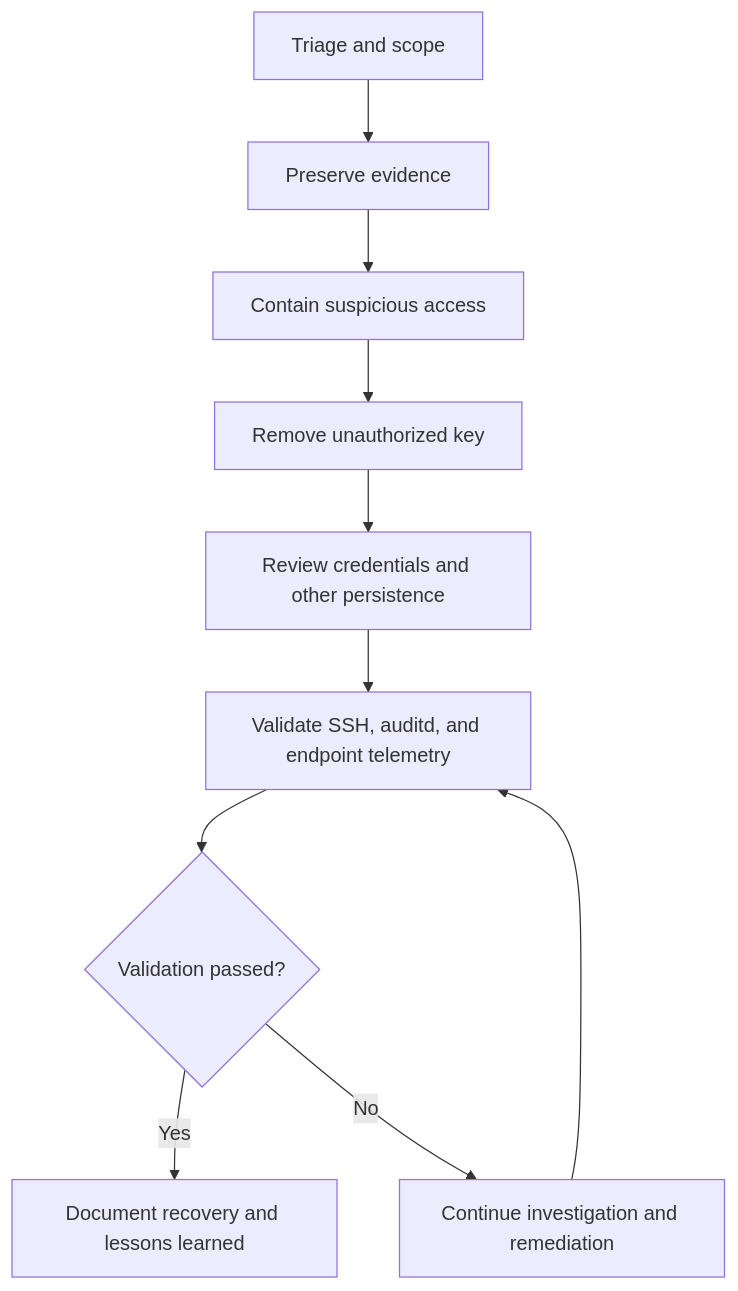
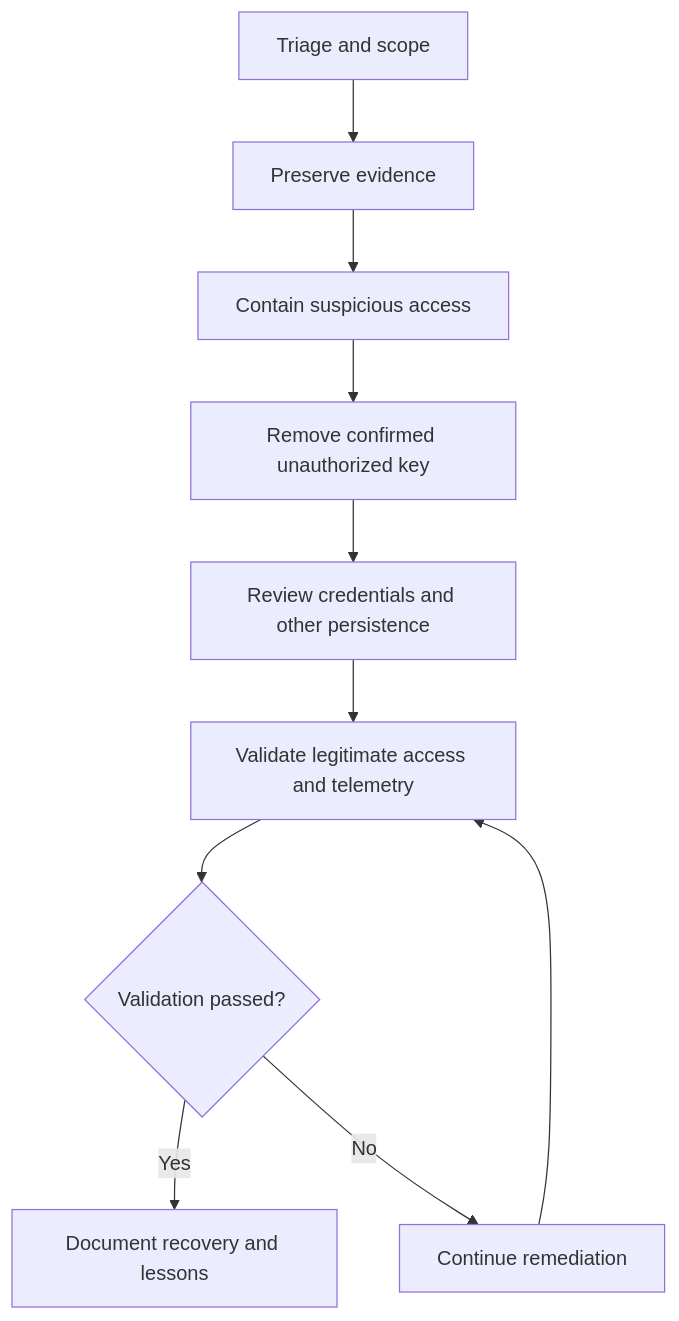
The ninth of 10 diagrams in README.md (KdMenon007/CatchMe-SOC-Project-01), drawn with Mermaid before and after one commit. The commit also changed other lines of this file, not shown here.

````diff
--- a/README.md
+++ b/README.md
@@ -506,12 +493,12 @@
-``` mermaid
+```mermaid
 flowchart TD
     A["Triage and scope"] --> B["Preserve evidence"]
     B --> C["Contain suspicious access"]
-    C --> D["Remove unauthorized key"]
+    C --> D["Remove confirmed unauthorized key"]
     D --> E["Review credentials and other persistence"]
-    E --> F["Validate SSH, auditd, and endpoint telemetry"]
+    E --> F["Validate legitimate access and telemetry"]
     F --> G{"Validation passed?"}
-    G -->|Yes| H["Document recovery and lessons learned"]
-    G -->|No| I["Continue investigation and remediation"]
+    G -->|Yes| H["Document recovery and lessons"]
+    G -->|No| I["Continue remediation"]
     I --> F
 ```
````
